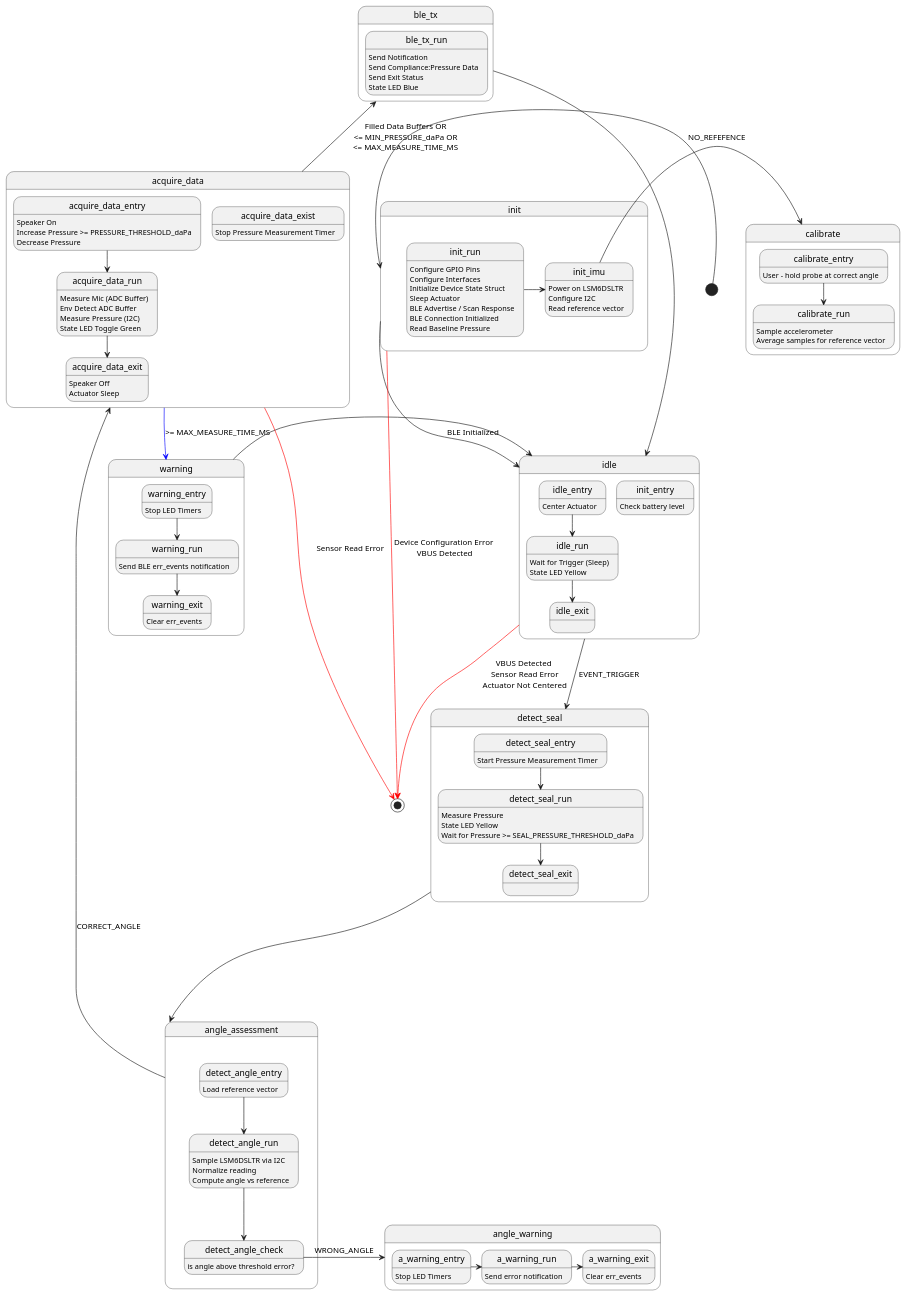
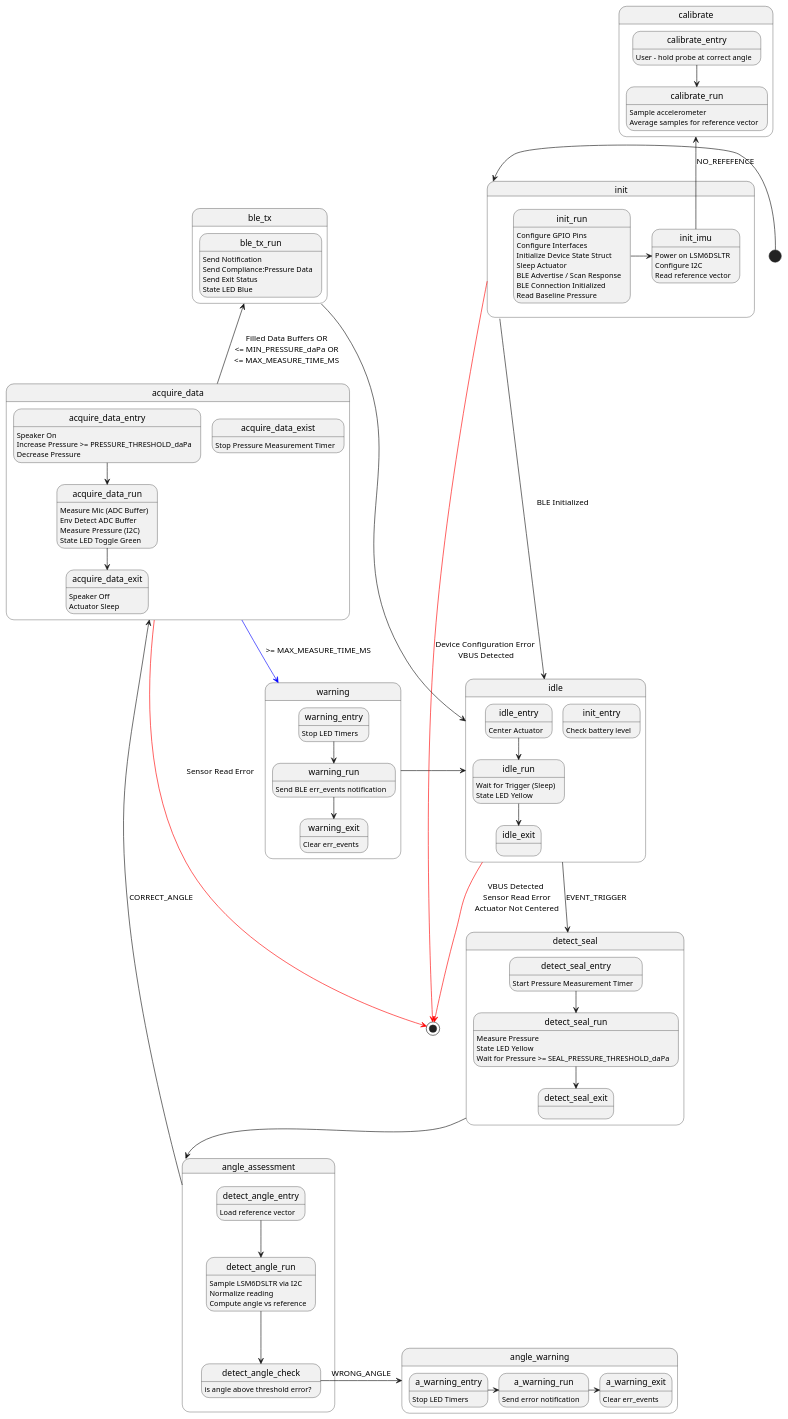
The diagram in lsm6dsl_diagram.puml (nikailieva335-sudo/tymp-tip-occlusion), drawn with PlantUML before and after one commit.

Commit message:
Implemented the tymp state diagram into the sensor state diagram

```diff
--- a/lsm6dsl_diagram.puml
+++ b/lsm6dsl_diagram.puml
@@ -1,124 +1,116 @@
 @startuml
 
 [*] -left-> init
 
 state init {
     init_run : Configure GPIO Pins
     init_run : Configure Interfaces
     init_run : Initialize Device State Struct
     init_run : Sleep Actuator
     init_run : BLE Advertise / Scan Response
     init_run : BLE Connection Initialized
     init_run : Read Baseline Pressure
 
     init_run -> init_imu
     init_imu: Power on LSM6DSLTR
     init_imu: Configure I2C
     init_imu: Read reference vector
 
 
 }
 
 state calibrate {
     calibrate_entry: User - hold probe at correct angle
     calibrate_entry -d-> calibrate_run
     calibrate_run: Sample accelerometer
     calibrate_run: Average samples for reference vector
 }
 
 state idle {
     idle_entry : Center Actuator
     init_entry : Check battery level
     idle_entry -down-> idle_run
     idle_run : Wait for Trigger (Sleep)
     idle_run : State LED Yellow
     idle_run -down-> idle_exit
 
 }
 
 state detect_seal {
     detect_seal_entry -down-> detect_seal_run
     detect_seal_entry : Start Pressure Measurement Timer
     detect_seal_run : Measure Pressure
     detect_seal_run : State LED Yellow
     detect_seal_run : Wait for Pressure >= SEAL_PRESSURE_THRESHOLD_daPa
     detect_seal_run -down-> detect_seal_exit
 
 }
 
 state angle_assessment {
     detect_angle_entry -down-> detect_angle_run
     detect_angle_entry: Load reference vector
     detect_angle_run: Sample LSM6DSLTR via I2C
     detect_angle_run: Normalize reading
     detect_angle_run -down-> detect_angle_check
     detect_angle_run: Compute angle vs reference
     detect_angle_check: is angle above threshold error?
 
 }
 
 state acquire_data {
     acquire_data_entry -down-> acquire_data_run
     acquire_data_entry : Speaker On
     acquire_data_entry : Increase Pressure >= PRESSURE_THRESHOLD_daPa
     acquire_data_entry : Decrease Pressure
     acquire_data_run : Measure Mic (ADC Buffer)
     acquire_data_run: Env Detect ADC Buffer
     acquire_data_run : Measure Pressure (I2C)
     acquire_data_run : State LED Toggle Green
     acquire_data_run -down-> acquire_data_exit
     acquire_data_exist : Stop Pressure Measurement Timer
     acquire_data_exit : Speaker Off
     acquire_data_exit : Actuator Sleep
 
 }
 state angle_warning {
     a_warning_entry : Stop LED Timers
     a_warning_entry -> a_warning_run
     a_warning_run : Send error notification
     a_warning_run -> a_warning_exit
     a_warning_exit : Clear err_events
 }
 
 state ble_tx {
     ble_tx_run : Send Notification
     ble_tx_run : Send Compliance:Pressure Data
     ble_tx_run : Send Exit Status
     ble_tx_run : State LED Blue
 }
 
 state warning {
     warning_entry : Stop LED Timers
     warning_entry -down-> warning_run
     warning_run : Send BLE err_events notification
     warning_run -down-> warning_exit
     warning_exit : Clear err_events
 
 }
 
-init -down-> idle : BLE Initialized
+init -down--> idle : BLE Initialized
 
 idle -down-> detect_seal : EVENT_TRIGGER
-init_imu -right-> calibrate : NO_REFEFENCE
+init_imu -up-> calibrate : NO_REFEFENCE
 detect_angle_check -right-> angle_warning : WRONG_ANGLE
-detect_seal -down---> angle_assessment
+detect_seal -down-> angle_assessment
 angle_assessment -left-> acquire_data : CORRECT_ANGLE
 
 warning -right-> idle
 idle -[#red]-> [*] : VBUS Detected\n Sensor Read Error\n Actuator Not Centered
 init -[#red]-> [*]: Device Configuration Error\n VBUS Detected
 acquire_data -[#red]-> [*] : Sensor Read Error
 
 ble_tx -> idle
 acquire_data -up-> ble_tx: Filled Data Buffers OR\n<= MIN_PRESSURE_daPa OR\n<= MAX_MEASURE_TIME_MS
 acquire_data -[#blue]-> warning : >= MAX_MEASURE_TIME_MS
 
-
-
-
-
-
-
-
-
 @enduml
```
